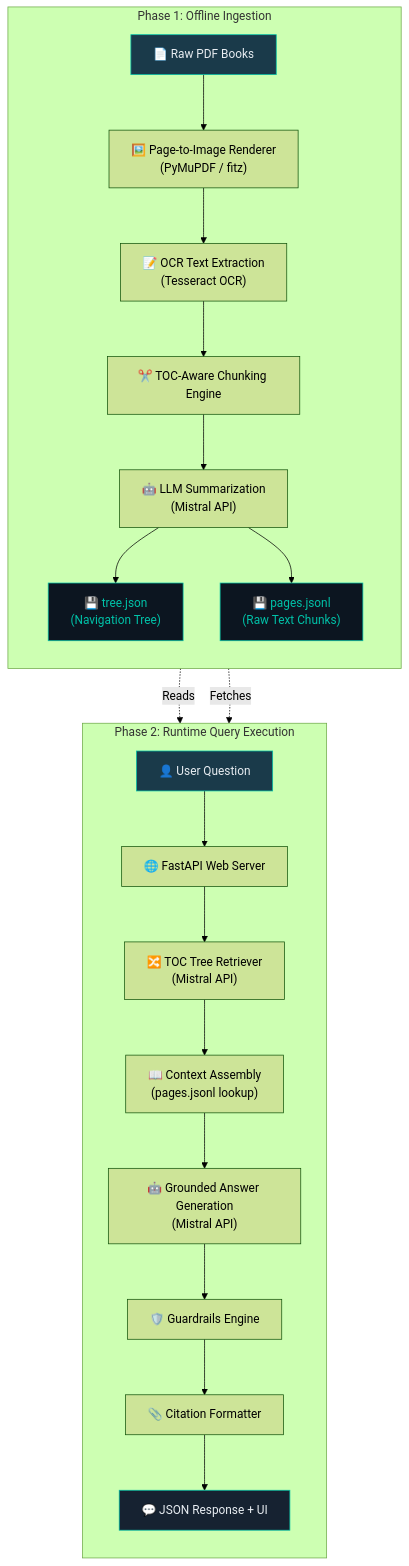
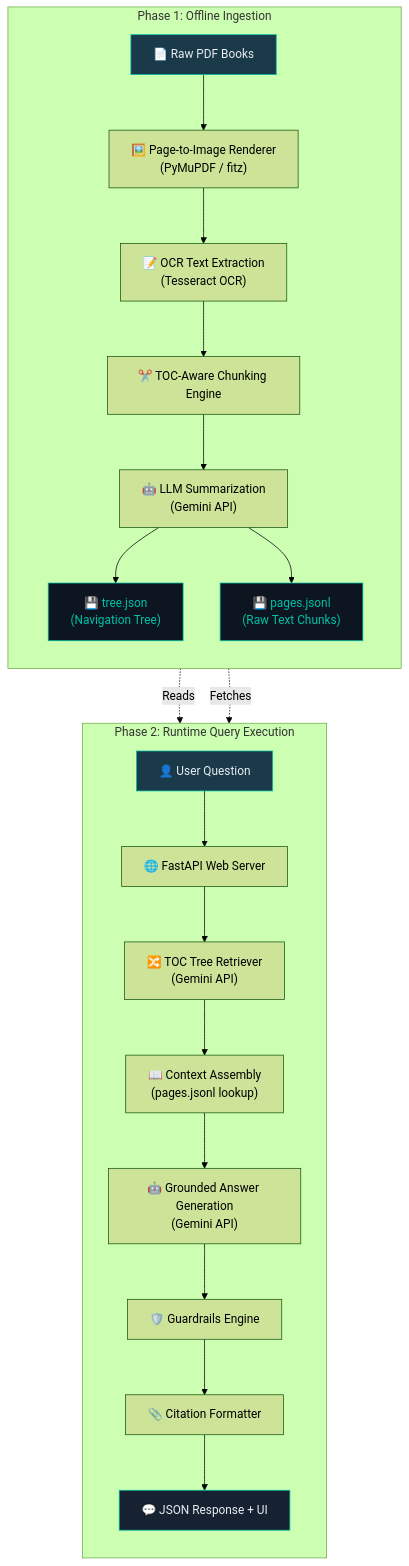
Before and after one commit to WaqarMoid/vectorless-rag-bot_subsection_wise: the first of 5 diagrams in README.md, drawn with Mermaid (forest theme). The commit also changed other lines of this file and 13 other files, not shown here.

Commit message:
feat: migrate LLM backend from Mistral to Google Gemini (gemini-3.8-flash), surface API errors cleanly, update docs and architecture docx

````diff
--- a/README.md
+++ b/README.md
@@ -47,32 +47,32 @@
 ```mermaid
 graph TB
     subgraph "Phase 1: Offline Ingestion"
         direction TB
         A["📄 Raw PDF Books"] --> B["🖼️ Page-to-Image Renderer<br/>(PyMuPDF / fitz)"]
         B --> C["📝 OCR Text Extraction<br/>(Tesseract OCR)"]
         C --> D["✂️ TOC-Aware Chunking Engine"]
-        D --> E["🤖 LLM Summarization<br/>(Mistral API)"]
+        D --> E["🤖 LLM Summarization<br/>(Gemini API)"]
         E --> F["💾 tree.json<br/>(Navigation Tree)"]
         E --> G["💾 pages.jsonl<br/>(Raw Text Chunks)"]
     end
 
     subgraph "Phase 2: Runtime Query Execution"
         direction TB
         H["👤 User Question"] --> I["🌐 FastAPI Web Server"]
-        I --> J["🔀 TOC Tree Retriever<br/>(Mistral API)"]
+        I --> J["🔀 TOC Tree Retriever<br/>(Gemini API)"]
         J --> K["📖 Context Assembly<br/>(pages.jsonl lookup)"]
-        K --> L["🤖 Grounded Answer Generation<br/>(Mistral API)"]
+        K --> L["🤖 Grounded Answer Generation<br/>(Gemini API)"]
         L --> M["🛡️ Guardrails Engine"]
         M --> N["📎 Citation Formatter"]
         N --> O["💬 JSON Response + UI"]
     end
 
     F -.->|"Reads"| J
     G -.->|"Fetches"| K
 
     style A fill:#1a3a4a,stroke:#00c2a8,color:#e8edf2
     style H fill:#1a3a4a,stroke:#00c2a8,color:#e8edf2
     style F fill:#0c1520,stroke:#00c2a8,color:#00c2a8
     style G fill:#0c1520,stroke:#00c2a8,color:#00c2a8
     style O fill:#162231,stroke:#00c2a8,color:#e8edf2
 ```
````
